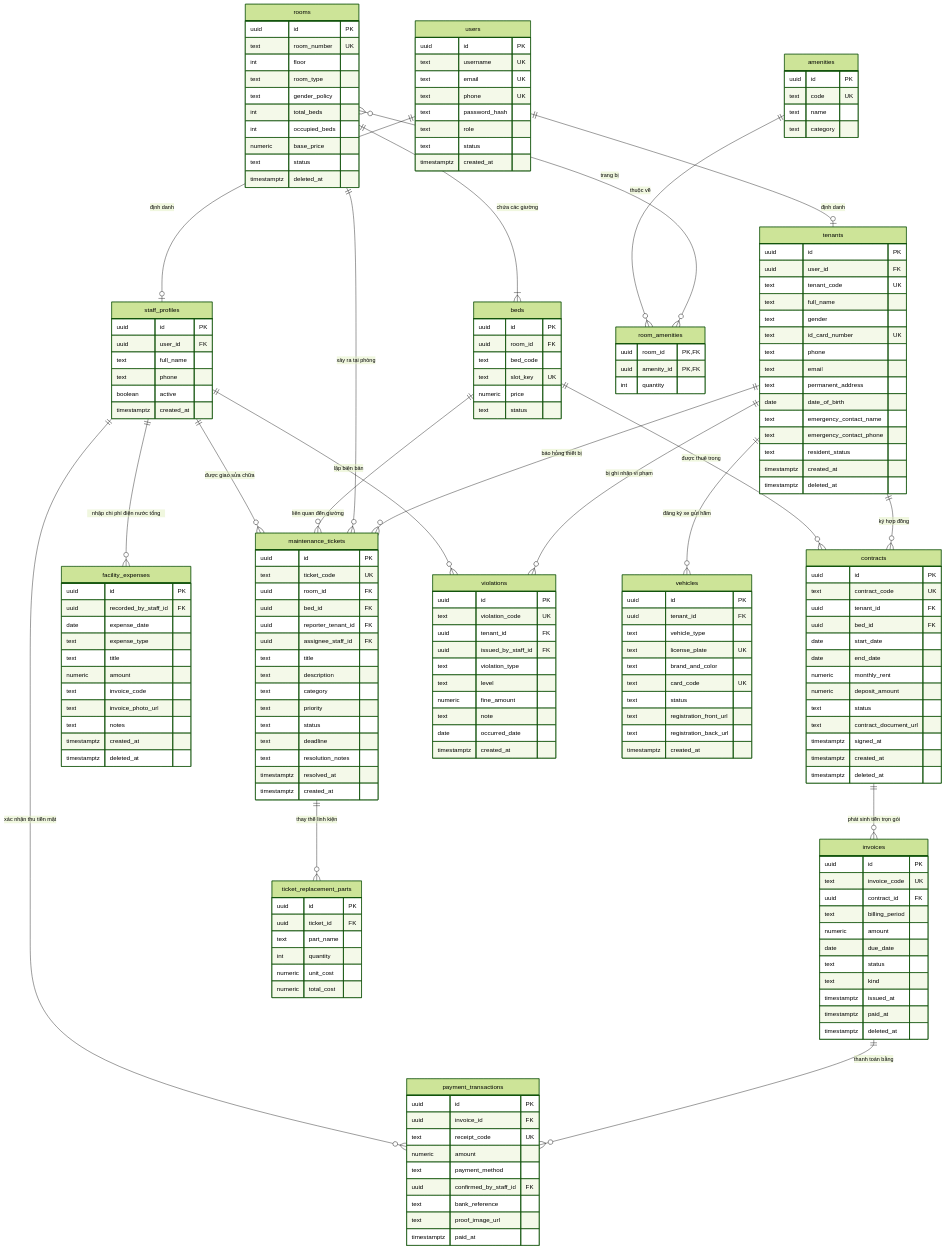
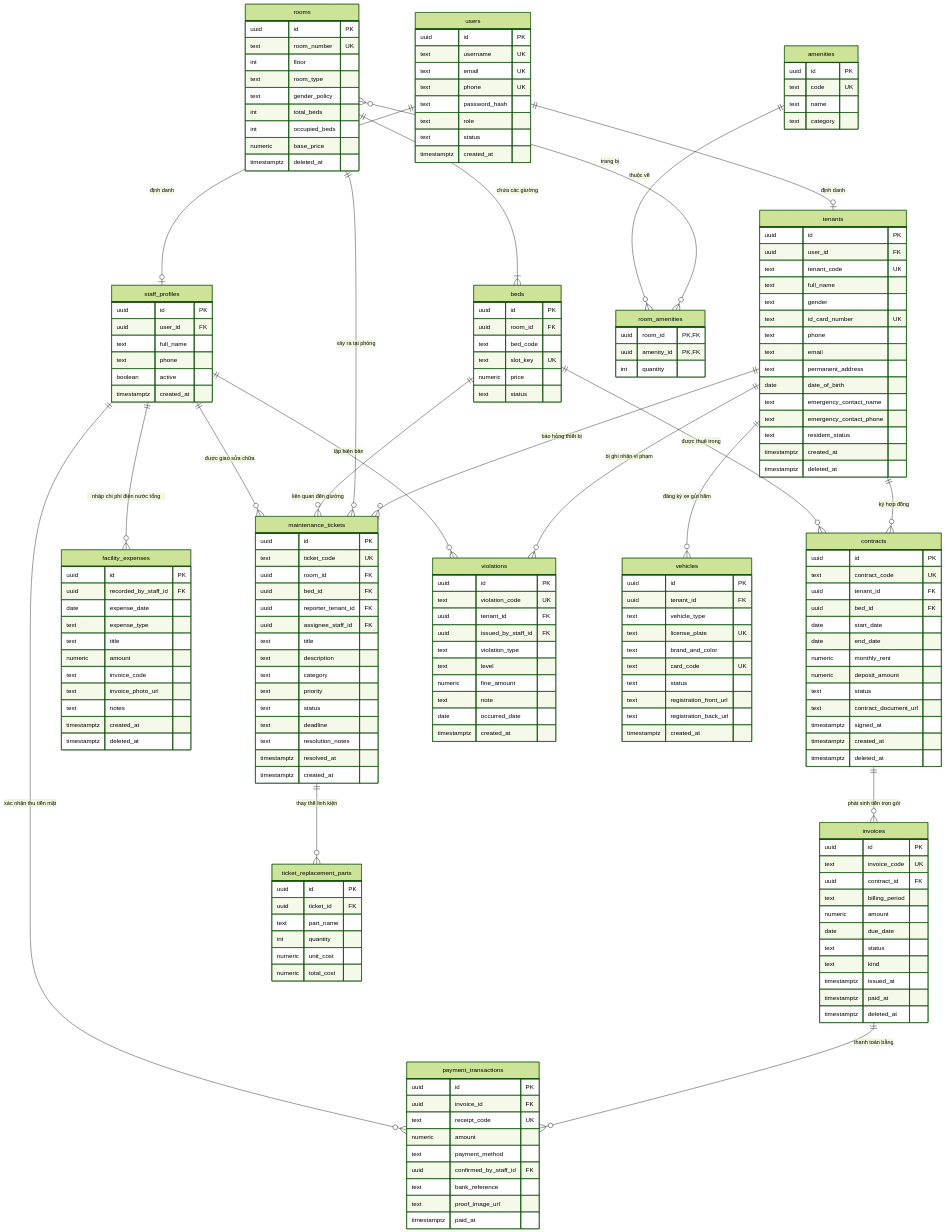
One commit to Quan-ly-ktx/quan-ly-ktx-be changed the diagram in docs/Logical-ERD.md. Above: the diagram before and after it, drawn with Mermaid (forest theme). The commit also changed other lines of this file and 4 other files, not shown here.

```diff
--- a/docs/Logical-ERD.md
+++ b/docs/Logical-ERD.md
@@ -109,7 +109,6 @@
         int total_beds
         int occupied_beds
         numeric base_price
-        text status
         timestamptz deleted_at
     }
 
```
